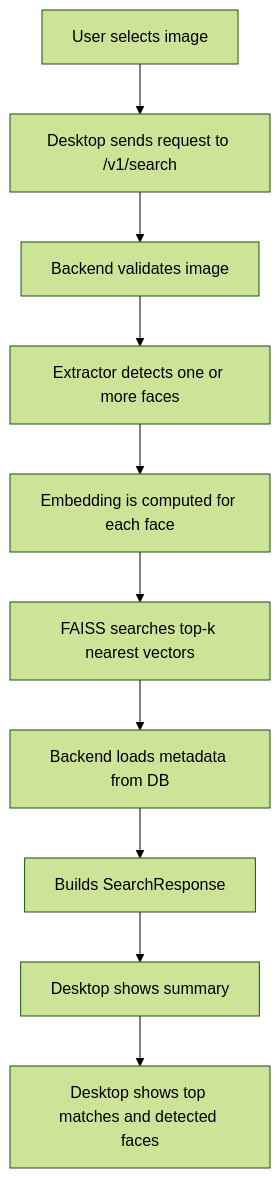
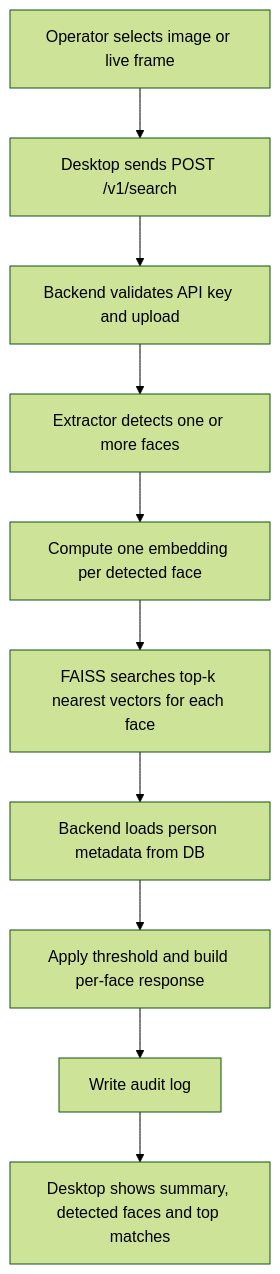
One commit to buytheaway/DiplomaWork changed the diagram in Obsidian_Diploma_Vault/04_Diagrams/02_Search_Flow_Diagram.md. Above: the diagram before and after it, drawn with Mermaid (forest theme). The commit also changed other lines of this file and 46 other files, not shown here.

````diff
--- a/Obsidian_Diploma_Vault/04_Diagrams/02_Search_Flow_Diagram.md
+++ b/Obsidian_Diploma_Vault/04_Diagrams/02_Search_Flow_Diagram.md
@@ -10,12 +10,12 @@
 ```mermaid
 flowchart TD
-    A[User selects image] --> B[Desktop sends request to /v1/search]
-    B --> C[Backend validates image]
+    A[Operator selects image or live frame] --> B[Desktop sends POST /v1/search]
+    B --> C[Backend validates API key and upload]
     C --> D[Extractor detects one or more faces]
-    D --> E[Embedding is computed for each face]
-    E --> F[FAISS searches top-k nearest vectors]
-    F --> G[Backend loads metadata from DB]
-    G --> H[Builds SearchResponse]
-    H --> I[Desktop shows summary]
-    I --> J[Desktop shows top matches and detected faces]
+    D --> E[Compute one embedding per detected face]
+    E --> F[FAISS searches top-k nearest vectors for each face]
+    F --> G[Backend loads person metadata from DB]
+    G --> H[Apply threshold and build per-face response]
+    H --> I[Write audit log]
+    I --> J[Desktop shows summary, detected faces and top matches]
 ```
````
